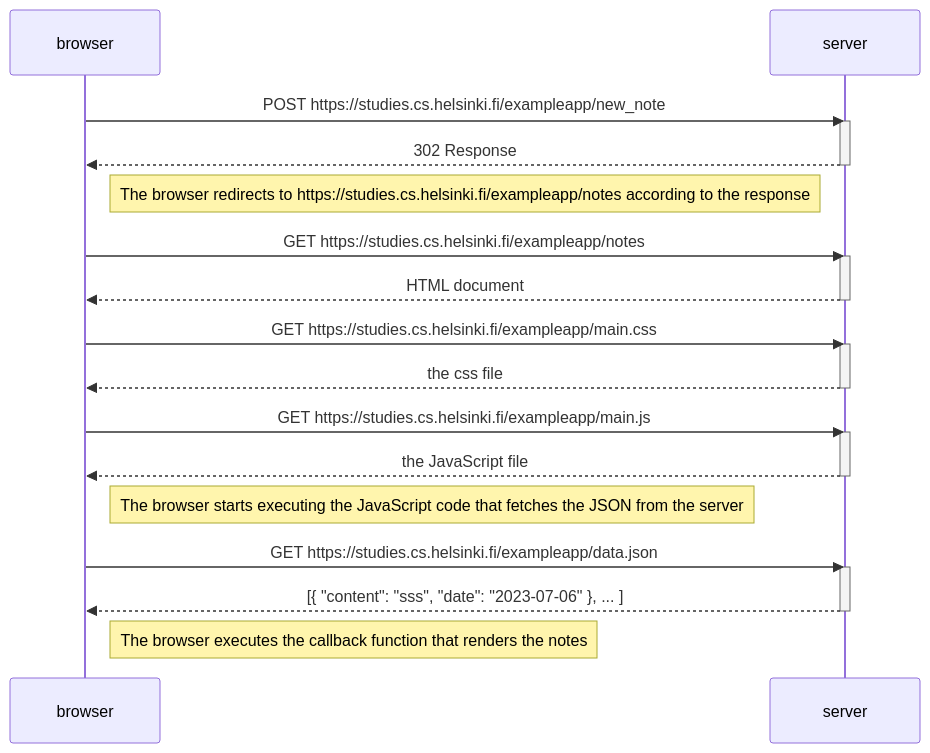
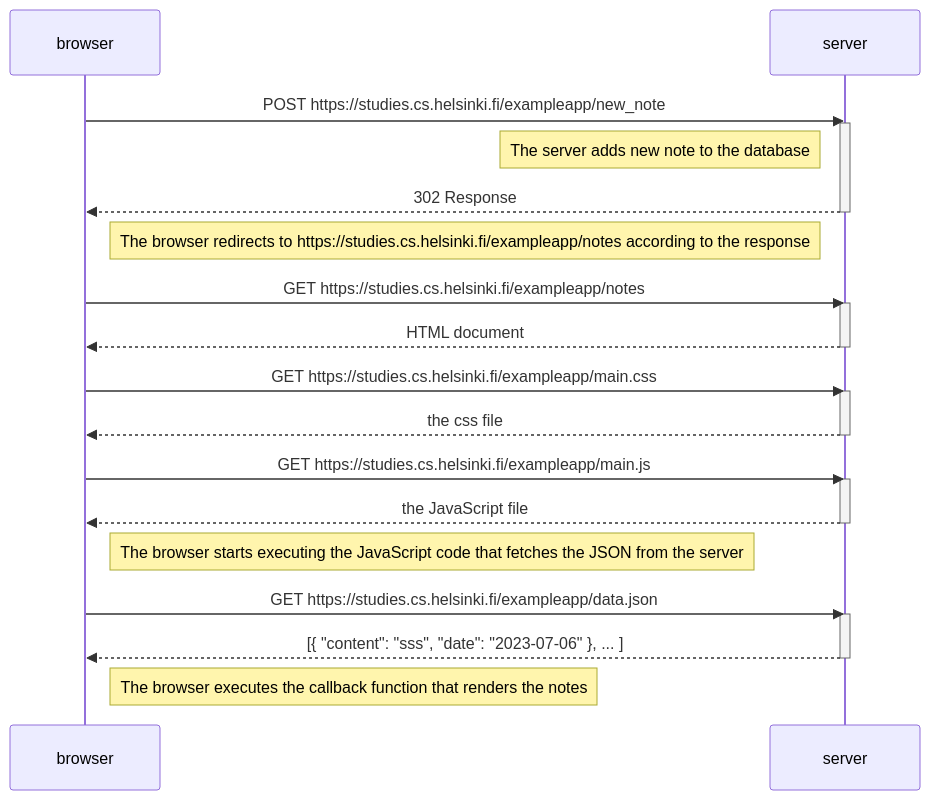
Before and after one commit to yelsanya/full-stack-aalto-hy: the diagram in part0/net-note.md, drawn with Mermaid.

Commit message:
added more details to part 0.4

````diff
--- a/part0/net-note.md
+++ b/part0/net-note.md
@@ -1,36 +1,38 @@
 ```mermaid
 sequenceDiagram
     participant browser
     participant server
 
     browser->>server: POST https://studies.cs.helsinki.fi/exampleapp/new_note
     activate server
+    Note left of server: The server adds new note to the database 
     server-->>browser: 302 Response
     deactivate server
 
     Note right of browser: The browser redirects to https://studies.cs.helsinki.fi/exampleapp/notes according to the response
+
 
     browser->>server: GET https://studies.cs.helsinki.fi/exampleapp/notes
     activate server
     server-->>browser: HTML document
     deactivate server
 
     browser->>server: GET https://studies.cs.helsinki.fi/exampleapp/main.css
     activate server
     server-->>browser: the css file
     deactivate server
 
     browser->>server: GET https://studies.cs.helsinki.fi/exampleapp/main.js
     activate server
     server-->>browser: the JavaScript file
     deactivate server
 
     Note right of browser: The browser starts executing the JavaScript code that fetches the JSON from the server
 
     browser->>server: GET https://studies.cs.helsinki.fi/exampleapp/data.json
     activate server
     server-->>browser: [{ "content": "sss", "date": "2023-07-06" }, ... ]
     deactivate server
 
     Note right of browser: The browser executes the callback function that renders the notes
 ```
````
